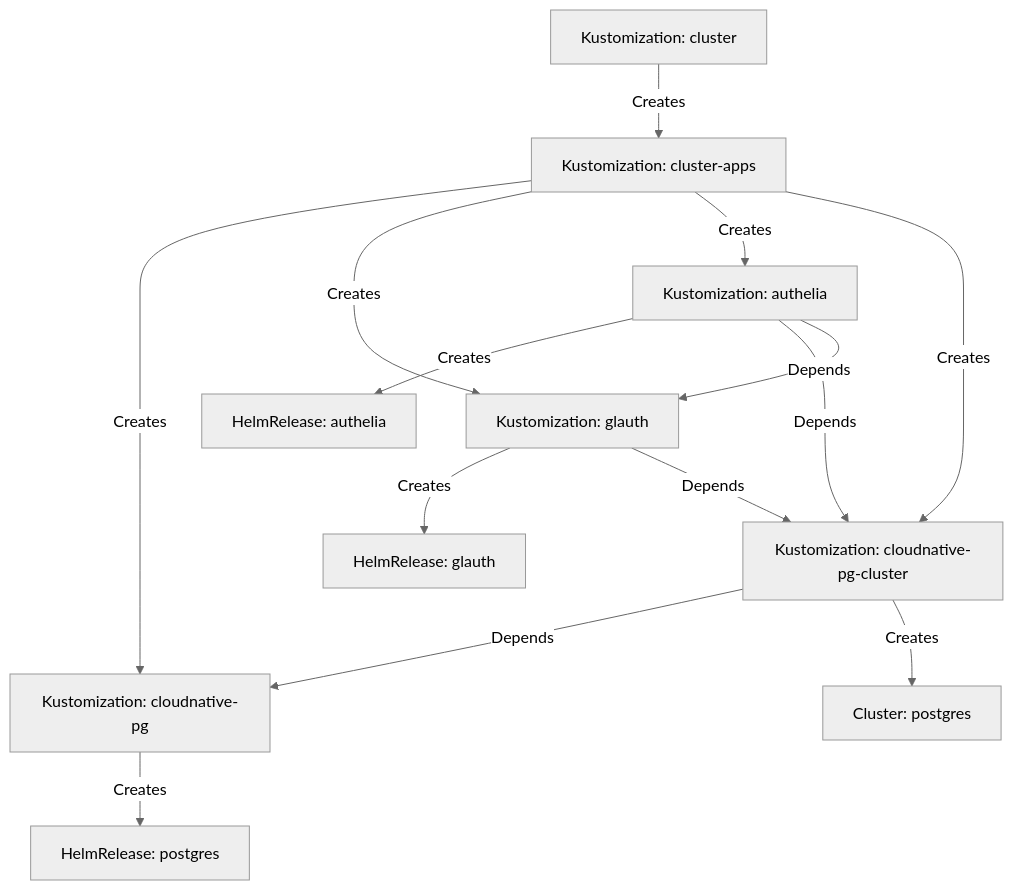
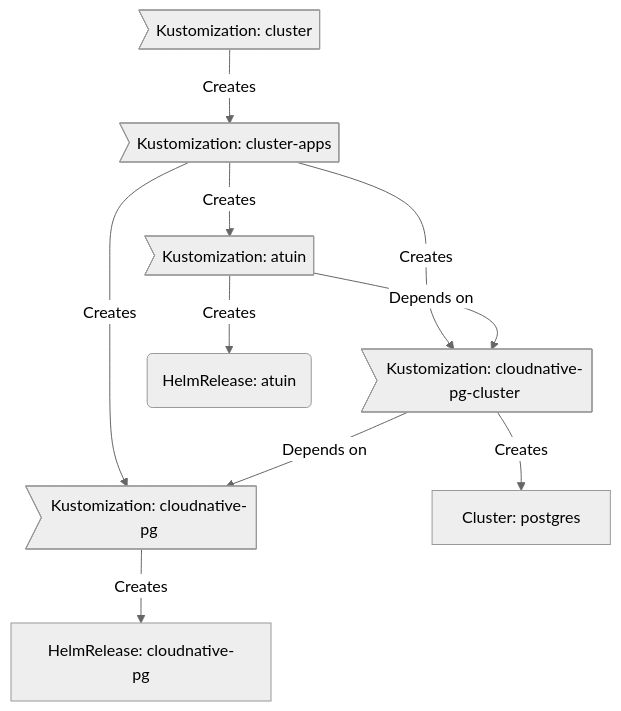
One commit to buroa/k8s-gitops changed the diagram in README.md. Above: the diagram before and after it, drawn with Mermaid (neutral theme). The commit also changed other lines of this file, not shown here.

````diff
--- a/README.md
+++ b/README.md
@@ -93,27 +93,12 @@
 ```mermaid
 graph TD;
-  id1[Kustomization: cluster];
-  id2[Kustomization: cluster-apps];
-  id3[Kustomization: cloudnative-pg];
-  id4[HelmRelease: postgres];
-  id5[Kustomization: cloudnative-pg-cluster];
-  id6[Kustomization: glauth];
-  id7[HelmRelease: glauth];
-  id8[Kustomization: authelia];
-  id9[HelmRelease: authelia];
-  id10[Cluster: postgres];
-
-  id1 -->|Creates| id2;
-  id2 -->|Creates| id3;
-  id2 -->|Creates| id6;
-  id2 -->|Creates| id8;
-  id2 -->|Creates| id5;
-  id3 -->|Creates| id4;
-  id5 -->|Depends| id3;
-  id5 -->|Creates| id10;
-  id6 -->|Creates| id7;
-  id6 -->|Depends| id5;
-  id8 -->|Creates| id9;
-  id8 -->|Depends| id5;
-  id8 -->|Depends| id6;
+  id1>Kustomization: cluster] -->|Creates| id2>Kustomization: cluster-apps];
+  id2>Kustomization: cluster-apps] -->|Creates| id3>Kustomization: cloudnative-pg];
+  id2>Kustomization: cluster-apps] -->|Creates| id5>Kustomization: cloudnative-pg-cluster]
+  id2>Kustomization: cluster-apps] -->|Creates| id8>Kustomization: atuin]
+  id3>Kustomization: cloudnative-pg] -->|Creates| id4[HelmRelease: cloudnative-pg];
+  id5>Kustomization: cloudnative-pg-cluster] -->|Depends on| id3>Kustomization: cloudnative-pg];
+  id5>Kustomization: cloudnative-pg-cluster] -->|Creates| id10[Cluster: postgres];
+  id8>Kustomization: atuin] -->|Creates| id9(HelmRelease: atuin);
+  id8>Kustomization: atuin] -->|Depends on| id5>Kustomization: cloudnative-pg-cluster];
 ```
````
